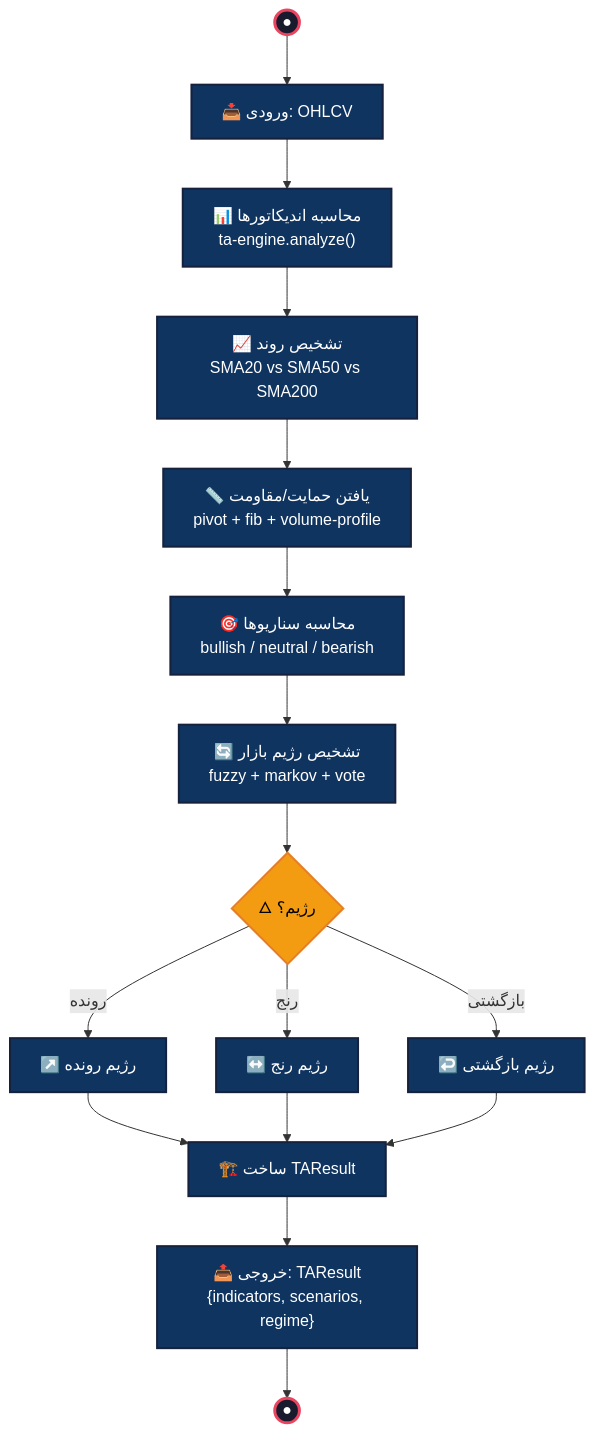
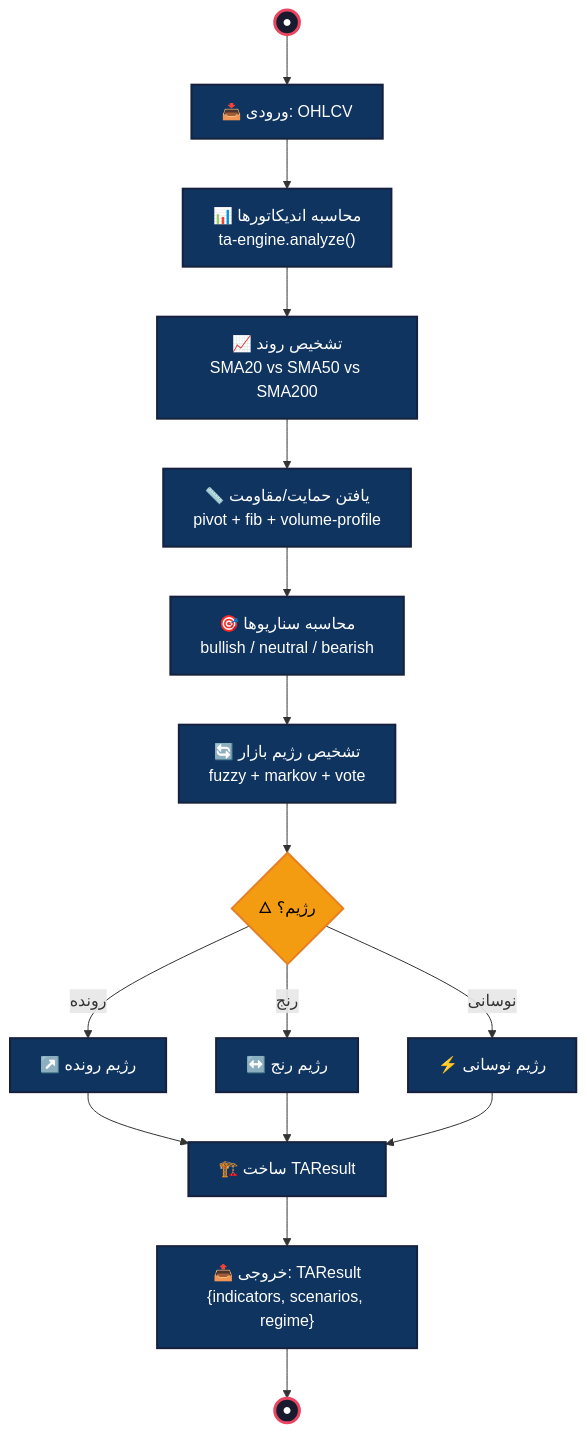
One commit to Shakour-Data/TechnicalAI changed diagram 15 of 56 in DIAGRAM_DOCS.md. Above: the diagram before and after it, drawn with Mermaid. The commit also changed other lines of this file and 23 other files, not shown here.

Commit message:
Update API services, decision graph, and TSE/Yahoo integrations

````diff
--- a/DIAGRAM_DOCS.md
+++ b/DIAGRAM_DOCS.md
@@ -772,25 +772,25 @@
 ```mermaid
 flowchart TB
     START2((●)) --> IN_OHLCV["📥 ورودی: OHLCV"]
     IN_OHLCV --> CALC_IND["📊 محاسبه اندیکاتورها\nta-engine.analyze()"]
     CALC_IND --> DET_TREND["📈 تشخیص روند\nSMA20 vs SMA50 vs SMA200"]
     DET_TREND --> FIND_SR["📏 یافتن حمایت/مقاومت\npivot + fib + volume-profile"]
     FIND_SR --> CALC_SCEN["🎯 محاسبه سناریوها\nbullish / neutral / bearish"]
     CALC_SCEN --> DET_REGIME["🔄 تشخیص رژیم بازار\nfuzzy + markov + vote"]
     DET_REGIME --> REG_GW2{"🜂 رژیم؟"}
     REG_GW2 -->|رونده| REG_T["↗️ رژیم رونده"]
     REG_GW2 -->|رنج| REG_R["↔️ رژیم رنج"]
-    REG_GW2 -->|بازگشتی| REG_M["↩️ رژیم بازگشتی"]
+    REG_GW2 -->|نوسانی| REG_V["⚡ رژیم نوسانی"]
     REG_T --> BUILD_RES["🏗️ ساخت TAResult"]
     REG_R --> BUILD_RES
-    REG_M --> BUILD_RES
+    REG_V --> BUILD_RES
     BUILD_RES --> OUT2["📤 خروجی: TAResult\n{indicators, scenarios, regime}"]
     OUT2 --> END2((●))
 
     classDef startEnd fill:#1a1a2e,stroke:#e94560,stroke-width:3px,color:#fff
     classDef gateway fill:#f39c12,stroke:#e67e22,stroke-width:2px,color:#000
     classDef task fill:#0f3460,stroke:#16213e,stroke-width:2px,color:#fff
     class START2,END2 startEnd
     class REG_GW2 gateway
-    class IN_OHLCV,CALC_IND,DET_TREND,FIND_SR,CALC_SCEN,DET_REGIME,REG_T,REG_R,REG_M,BUILD_RES,OUT2 task
+    class IN_OHLCV,CALC_IND,DET_TREND,FIND_SR,CALC_SCEN,DET_REGIME,REG_T,REG_R,REG_V,BUILD_RES,OUT2 task
 ```
````
